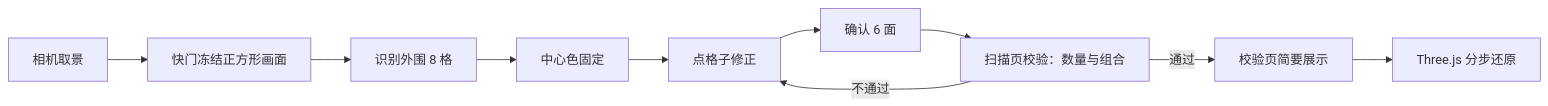
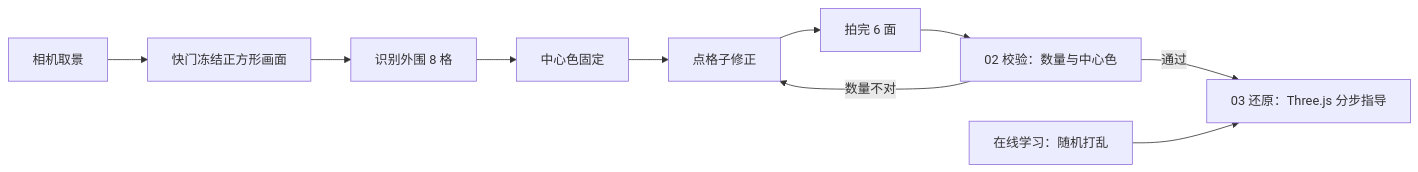
The diagram in README.md (wenlibo90/cube-flow), drawn with Mermaid before and after one commit. The commit also changed other lines of this file, not shown here.

````diff
--- a/README.md
+++ b/README.md
@@ -33,12 +43,12 @@
 ```mermaid
 flowchart LR
   A["相机取景"] --> B["快门冻结正方形画面"]
   B --> C["识别外围 8 格"]
   C --> D["中心色固定"]
   D --> E["点格子修正"]
-  E --> F["确认 6 面"]
-  F --> G["扫描页校验：数量与组合"]
-  G -->|不通过| E
-  G -->|通过| H["校验页简要展示"]
-  H --> I["Three.js 分步还原"]
+  E --> F["拍完 6 面"]
+  F --> G["02 校验：数量与中心色"]
+  G -->|数量不对| E
+  G -->|通过| H["03 还原：Three.js 分步指导"]
+  L["在线学习：随机打乱"] --> H
 ```
````
